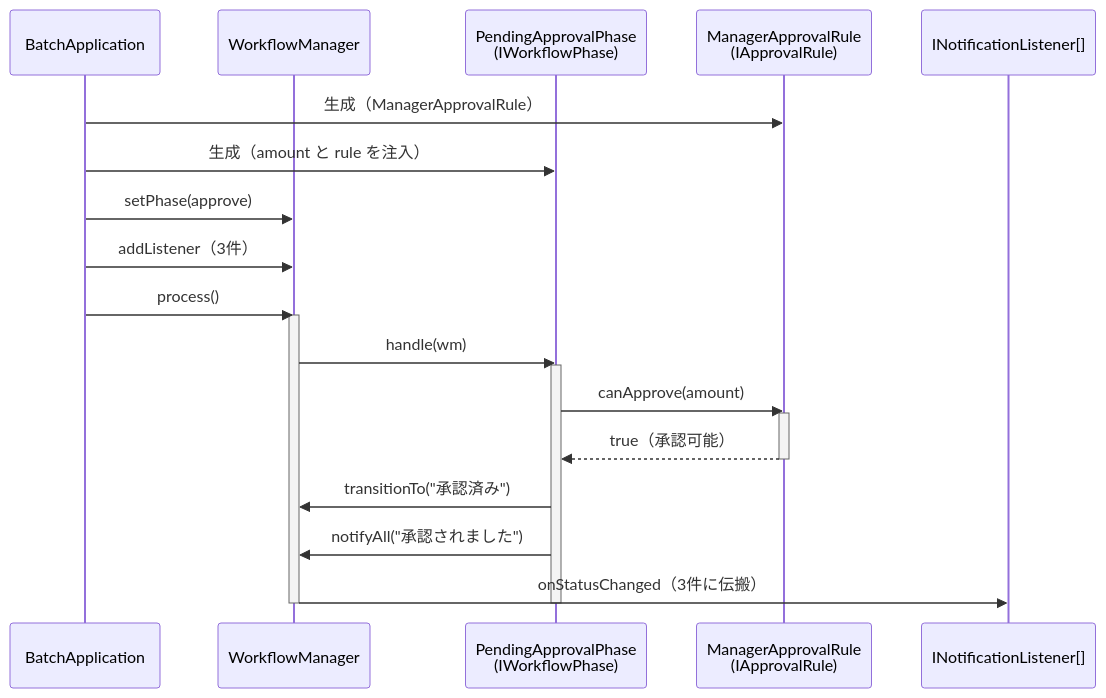
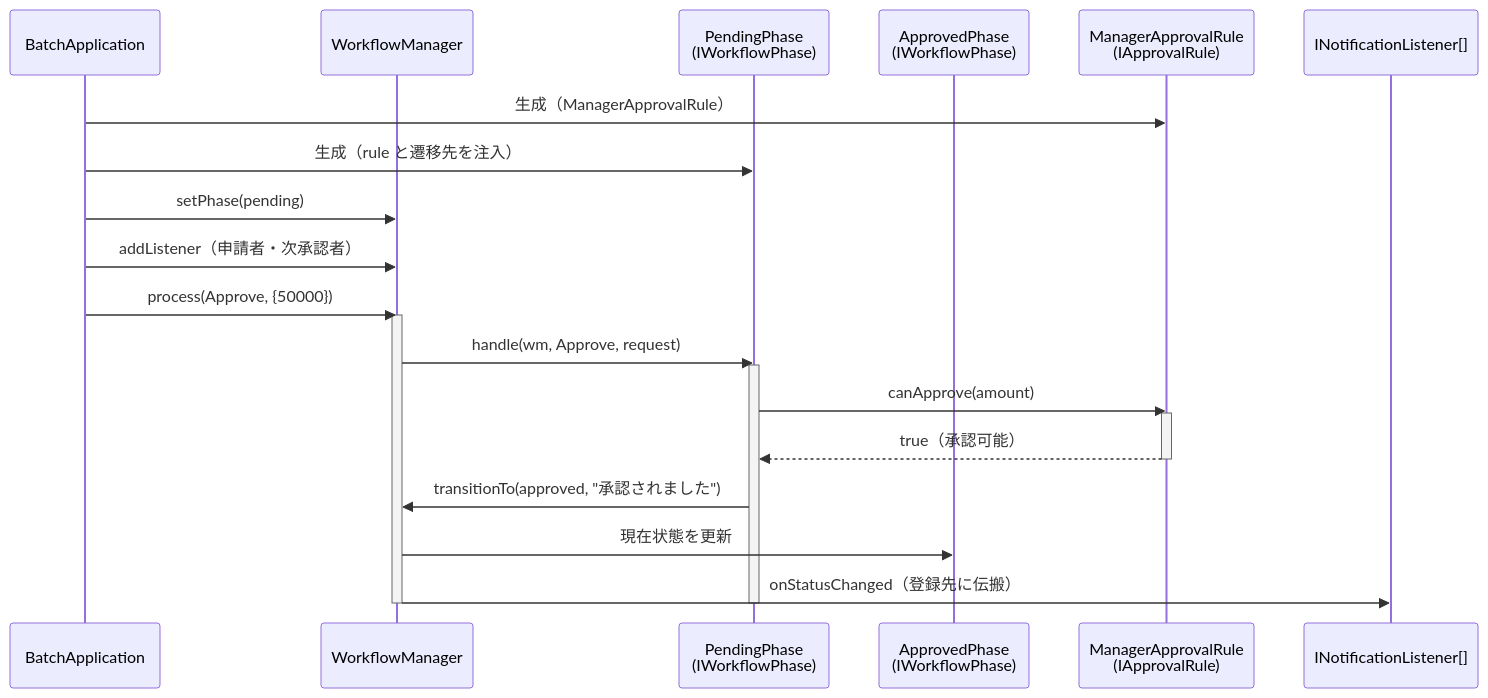
One commit to kumachan1101-pixel/DesignPattern changed the fifth of 8 diagrams in kindle/design-patterns/output/chapter12.md. Above: the diagram before and after it, drawn with Mermaid. The commit also changed other lines of this file and 1 other file, not shown here.

````diff
--- a/kindle/design-patterns/output/chapter12.md
+++ b/kindle/design-patterns/output/chapter12.md
@@ -1047,26 +1103,27 @@
 ```mermaid
 sequenceDiagram
     participant B as BatchApplication
     participant WM as WorkflowManager
-    participant P as PendingApprovalPhase<br/>(IWorkflowPhase)
+    participant P as PendingPhase<br/>(IWorkflowPhase)
+    participant A as ApprovedPhase<br/>(IWorkflowPhase)
     participant R as ManagerApprovalRule<br/>(IApprovalRule)
     participant L as INotificationListener[]
 
     B->>R: 生成（ManagerApprovalRule）
-    B->>P: 生成（amount と rule を注入）
-    B->>WM: setPhase(approve)
-    B->>WM: addListener（3件）
-    B->>WM: process()
+    B->>P: 生成（rule と遷移先を注入）
+    B->>WM: setPhase(pending)
+    B->>WM: addListener（申請者・次承認者）
+    B->>WM: process(Approve, {50000})
     activate WM
-    WM->>P: handle(wm)
+    WM->>P: handle(wm, Approve, request)
     activate P
     P->>R: canApprove(amount)
     activate R
     R-->>P: true（承認可能）
     deactivate R
-    P->>WM: transitionTo("承認済み")
-    P->>WM: notifyAll("承認されました")
-    WM->>L: onStatusChanged（3件に伝搬）
+    P->>WM: transitionTo(approved, "承認されました")
+    WM->>A: 現在状態を更新
+    WM->>L: onStatusChanged（登録先に伝搬）
     deactivate P
     deactivate WM
 ```
````
